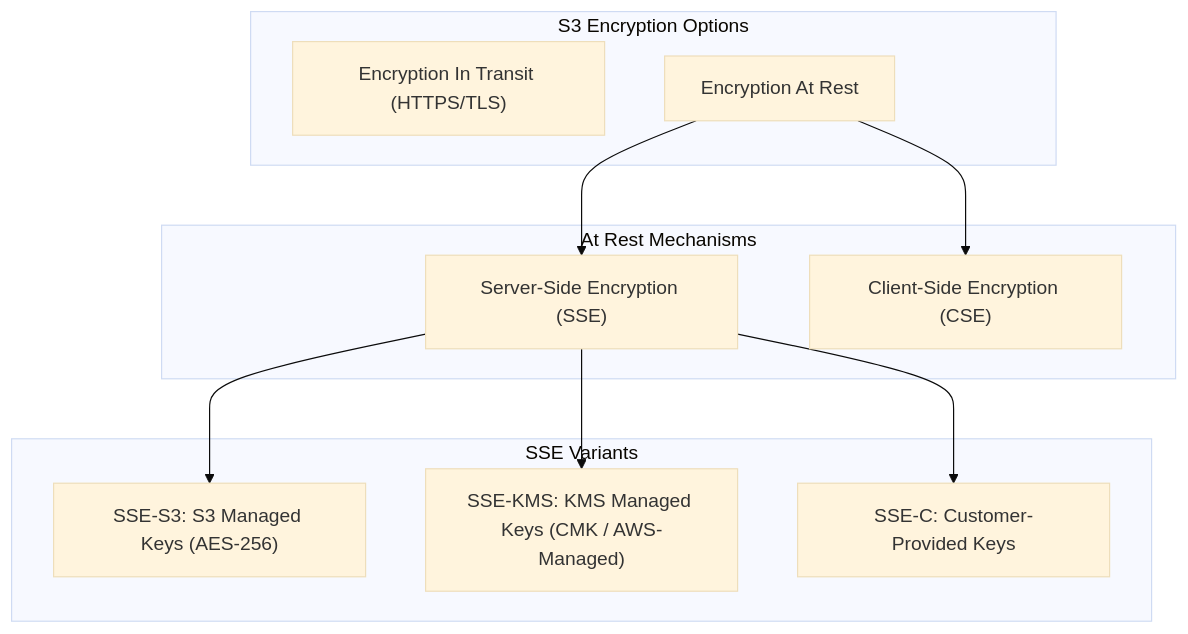
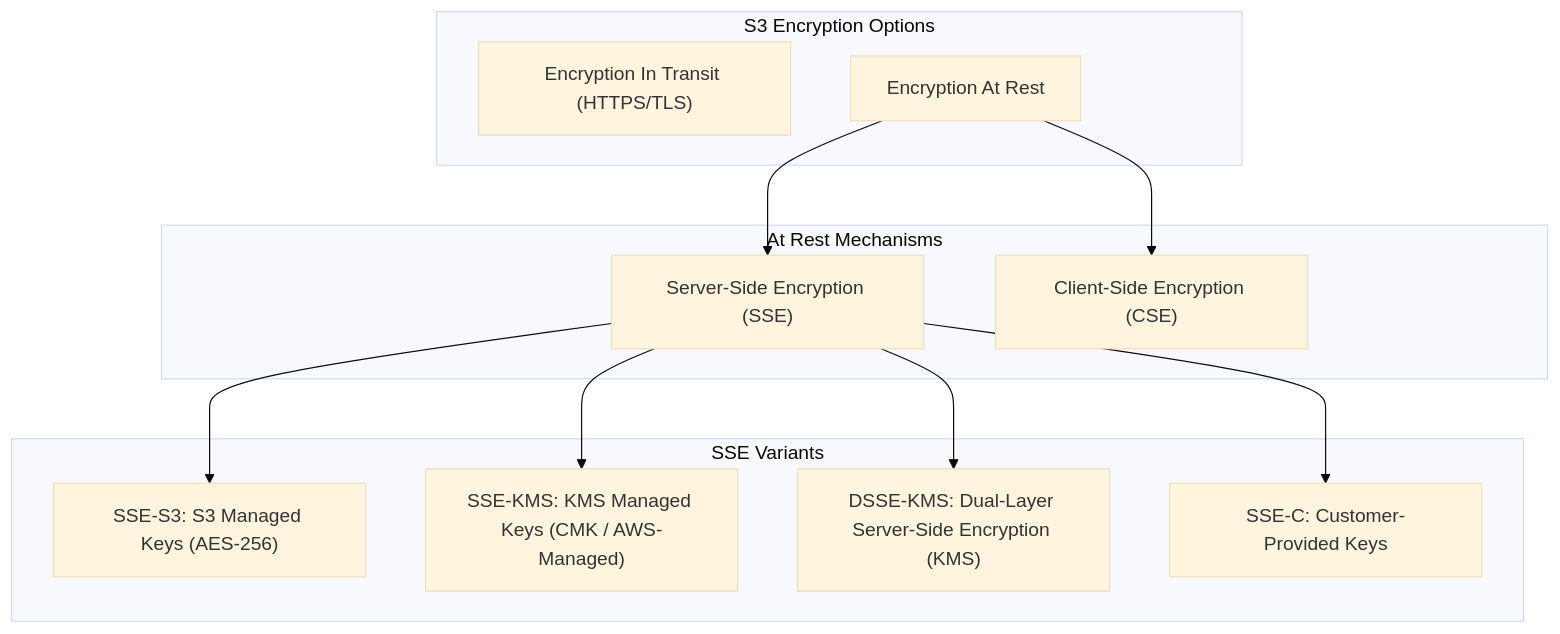
The first of 2 diagrams in content/02-services/storage/s3-encryption.md (Wathon/aws-dea-c01-note), drawn with Mermaid (base theme) before and after one commit. The commit also changed other lines of this file, not shown here.

Commit message:
feat(storage): add DSSE-KMS (Dual-Layer Server-Side Encryption) to S3 encryption note

````diff
--- a/content/02-services/storage/s3-encryption.md
+++ b/content/02-services/storage/s3-encryption.md
@@ -31,24 +31,26 @@
 ```mermaid
 graph TD
     subgraph S3 Encryption Options
         InTransit["Encryption In Transit (HTTPS/TLS)"]
         AtRest["Encryption At Rest"]
     end
 
     subgraph At Rest Mechanisms
         SSE["Server-Side Encryption (SSE)"]
         CSE["Client-Side Encryption (CSE)"]
     end
 
     subgraph SSE Variants
         SSES3["SSE-S3: S3 Managed Keys (AES-256)"]
         SSEKMS["SSE-KMS: KMS Managed Keys (CMK / AWS-Managed)"]
+        DSSEKMS["DSSE-KMS: Dual-Layer Server-Side Encryption (KMS)"]
         SSEC["SSE-C: Customer-Provided Keys"]
     end
 
     AtRest --> SSE
     AtRest --> CSE
     SSE --> SSES3
     SSE --> SSEKMS
+    SSE --> DSSEKMS
     SSE --> SSEC
 ```
````
